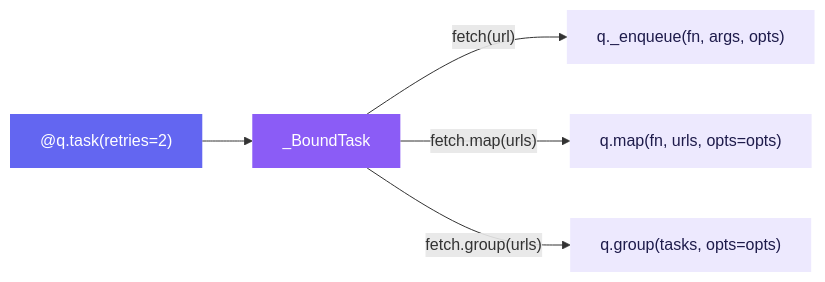
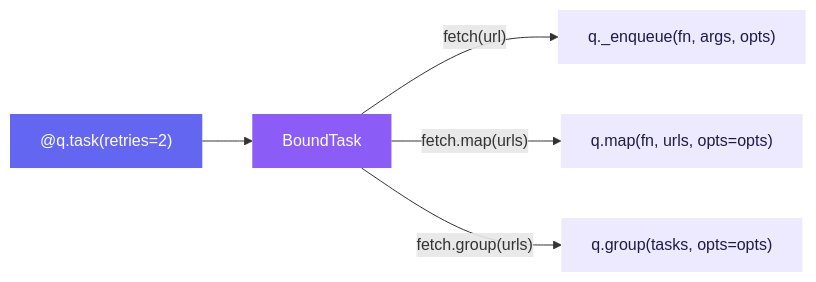
Before and after one commit to Ichinga-Samuel/osiiso: the diagram in docs/guides/bound-tasks.md, drawn with Mermaid. The commit also changed other lines of this file and 53 other files, not shown here.

````diff
--- a/docs/guides/bound-tasks.md
+++ b/docs/guides/bound-tasks.md
@@ -79,13 +79,13 @@
 ```mermaid
 graph LR
-    D["@q.task(retries=2)"] --> BT["_BoundTask"]
+    D["@q.task(retries=2)"] --> BT["BoundTask"]
     BT -->|"fetch(url)"| S["q._enqueue(fn, args, opts)"]
     BT -->|"fetch.map(urls)"| M["q.map(fn, urls, opts=opts)"]
     BT -->|"fetch.group(urls)"| G["q.group(tasks, opts=opts)"]
 
     style D fill:#6366f1,color:#fff,stroke:none
     style BT fill:#8b5cf6,color:#fff,stroke:none
     style S fill:#ede9fe,color:#1e1b4b,stroke:none
     style M fill:#ede9fe,color:#1e1b4b,stroke:none
     style G fill:#ede9fe,color:#1e1b4b,stroke:none
 ```
````
